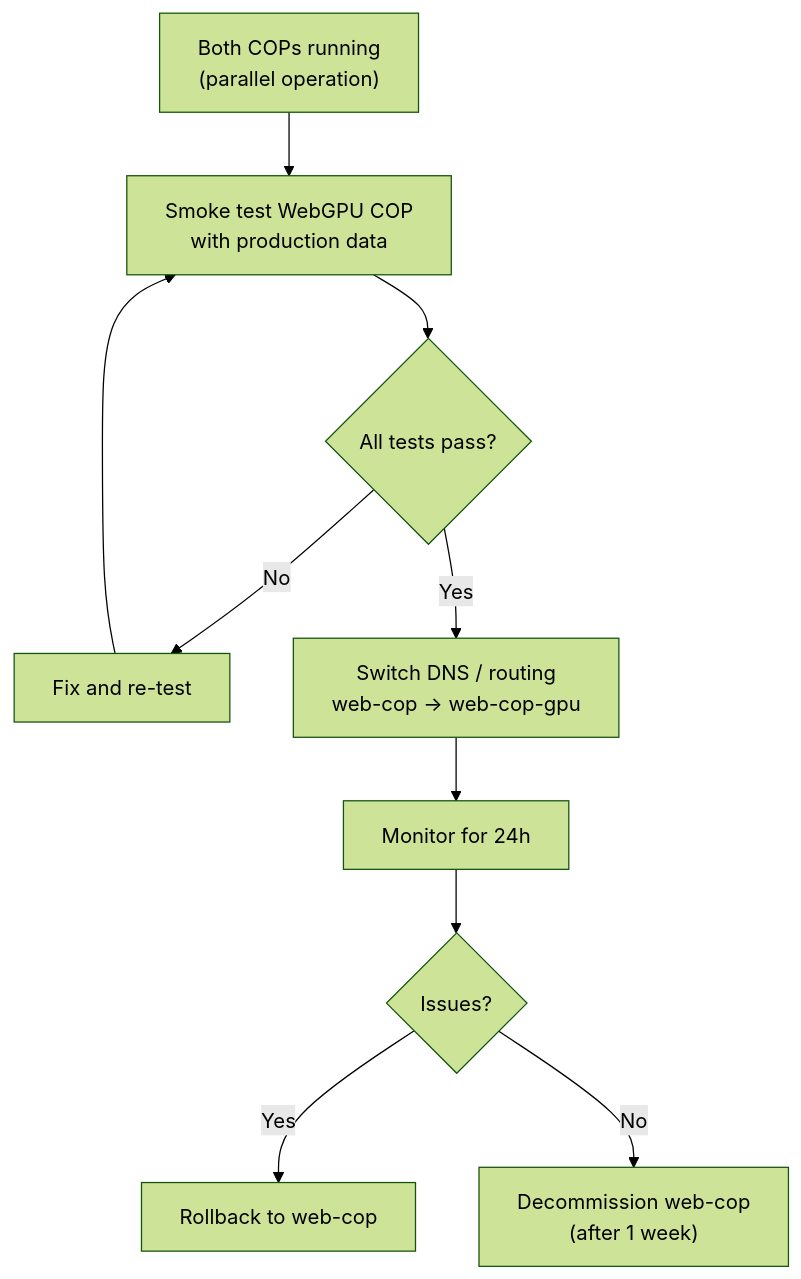
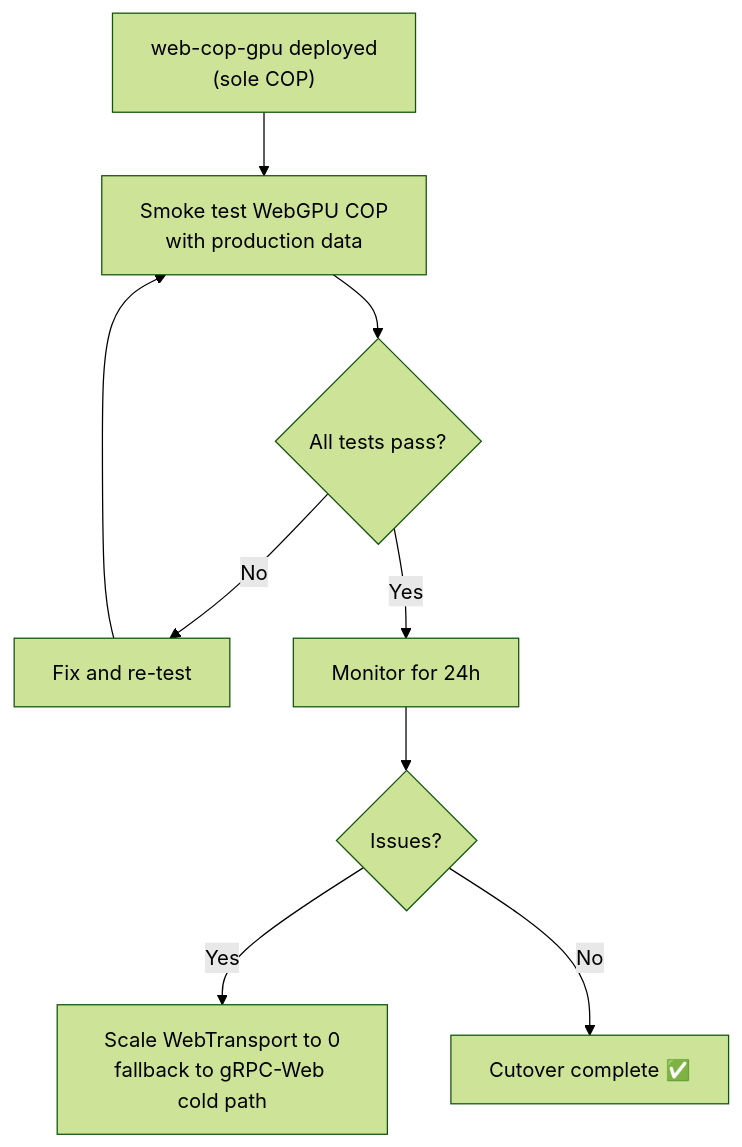
The diagram in docs/implementation/v4/phase4_hardening_cutover.md (arvinddhasmana/rtsa_webgpu), drawn with Mermaid (forest theme) before and after one commit. The commit also changed other lines of this file and 175 other files, not shown here.

````diff
--- a/docs/implementation/v4/phase4_hardening_cutover.md
+++ b/docs/implementation/v4/phase4_hardening_cutover.md
@@ -124,12 +126,11 @@
 ```mermaid
 flowchart TD
-  A["Both COPs running<br/>(parallel operation)"] --> B["Smoke test WebGPU COP<br/>with production data"]
+  A["web-cop-gpu deployed<br/>(sole COP)"] --> B["Smoke test WebGPU COP<br/>with production data"]
   B --> C{All tests pass?}
   C -->|No| D["Fix and re-test"]
   D --> B
-  C -->|Yes| E["Switch DNS / routing<br/>web-cop → web-cop-gpu"]
-  E --> F["Monitor for 24h"]
-  F --> G{Issues?}
-  G -->|Yes| H["Rollback to web-cop"]
-  G -->|No| I["Decommission web-cop<br/>(after 1 week)"]
+  C -->|Yes| E["Monitor for 24h"]
+  E --> F{Issues?}
+  F -->|Yes| G["Scale WebTransport to 0<br/>fallback to gRPC-Web cold path"]
+  F -->|No| H["Cutover complete ✅"]
 ```
````
